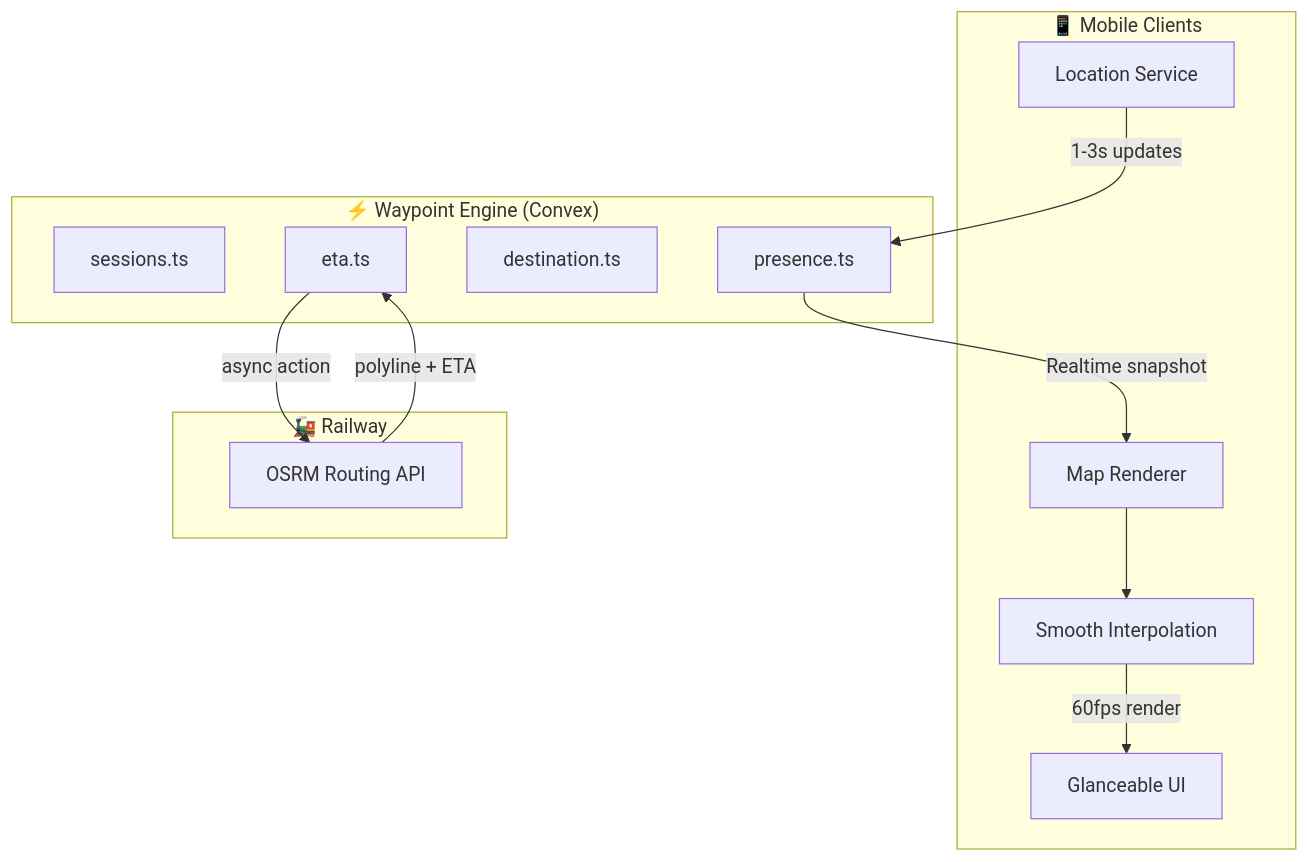
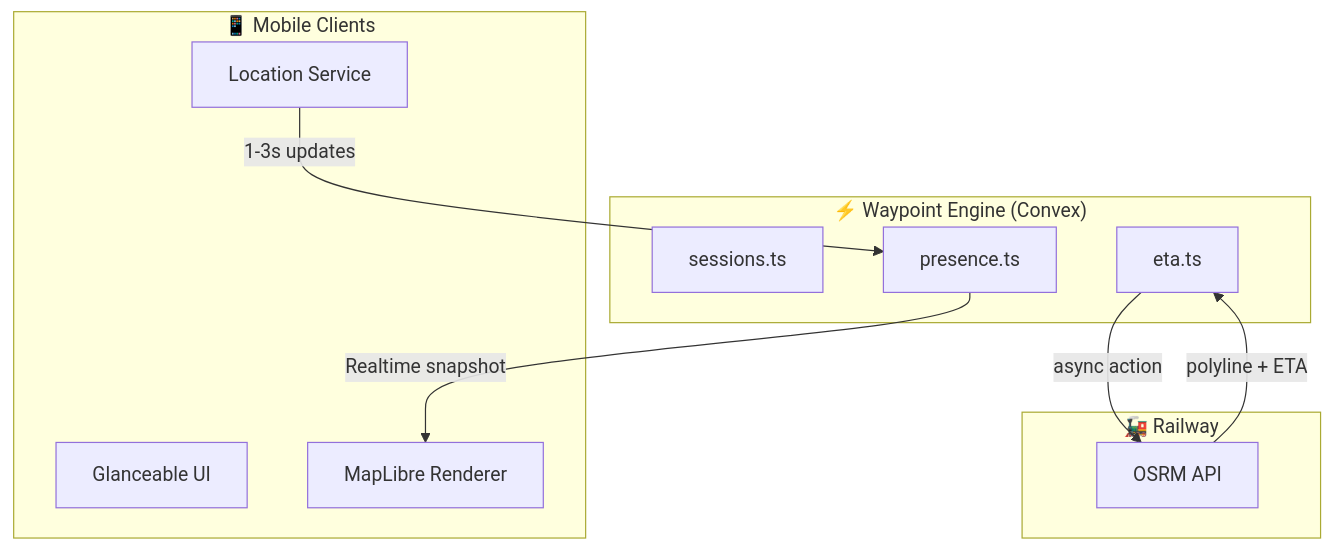
The diagram in docs/IMPLEMENTATION_PLAN.md (Ashborn-047/gather-waypoint), drawn with Mermaid before and after one commit. The commit also changed other lines of this file and 10 other files, not shown here.

````diff
--- a/docs/IMPLEMENTATION_PLAN.md
+++ b/docs/IMPLEMENTATION_PLAN.md
@@ -33,28 +27,23 @@
 ```mermaid
 flowchart TB
     subgraph Mobile["📱 Mobile Clients"]
         UI[Glanceable UI]
-        MapView[Map Renderer]
+        MapView[MapLibre Renderer]
         GPS[Location Service]
-        Interp[Smooth Interpolation]
     end
     
     subgraph Waypoint["⚡ Waypoint Engine (Convex)"]
         Sessions[sessions.ts]
         Presence[presence.ts]
-        Destination[destination.ts]
         ETA[eta.ts]
     end
     
-    subgraph Railway["🚂 Railway"]
-        OSRM[OSRM Routing API]
+    subgraph Routing["🚂 Railway"]
+        OSRM[OSRM API]
     end
     
     GPS -->|1-3s updates| Presence
     Presence -->|Realtime snapshot| MapView
-    MapView --> Interp
-    Interp -->|60fps render| UI
-    
     ETA -->|async action| OSRM
     OSRM -->|polyline + ETA| ETA
 ```
````
